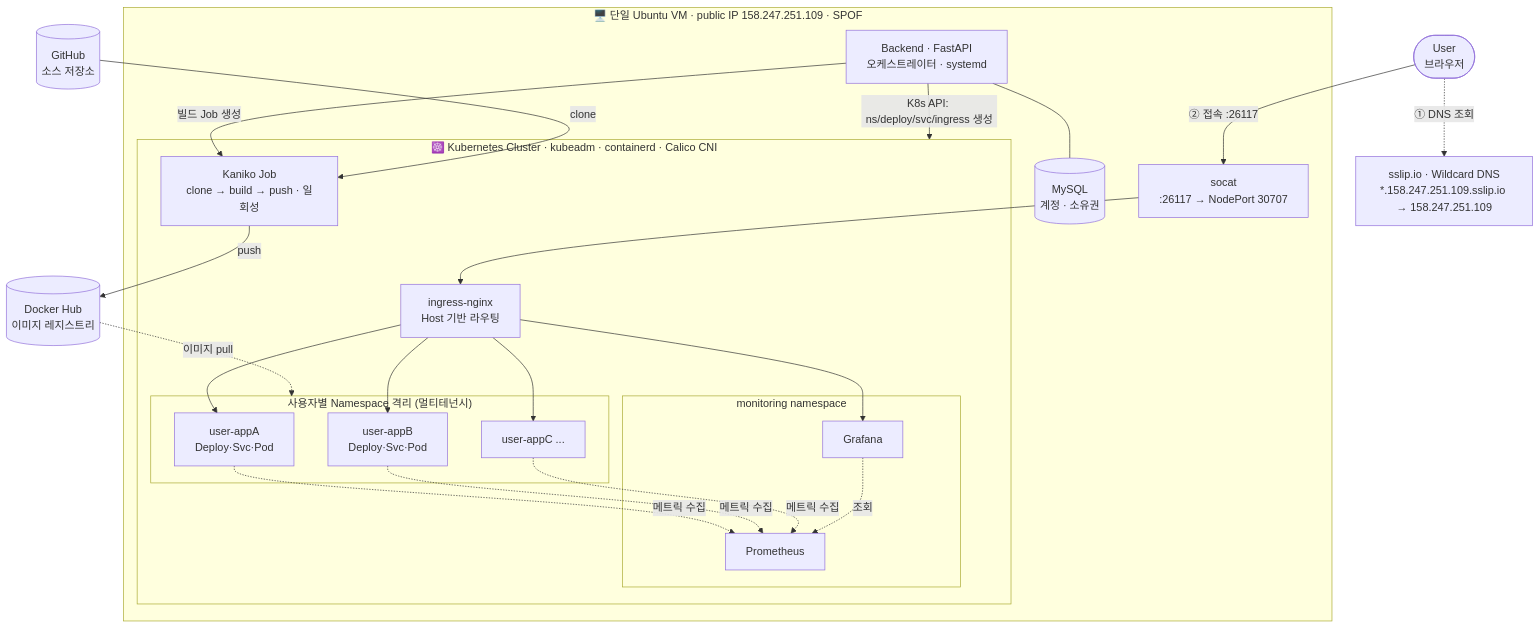
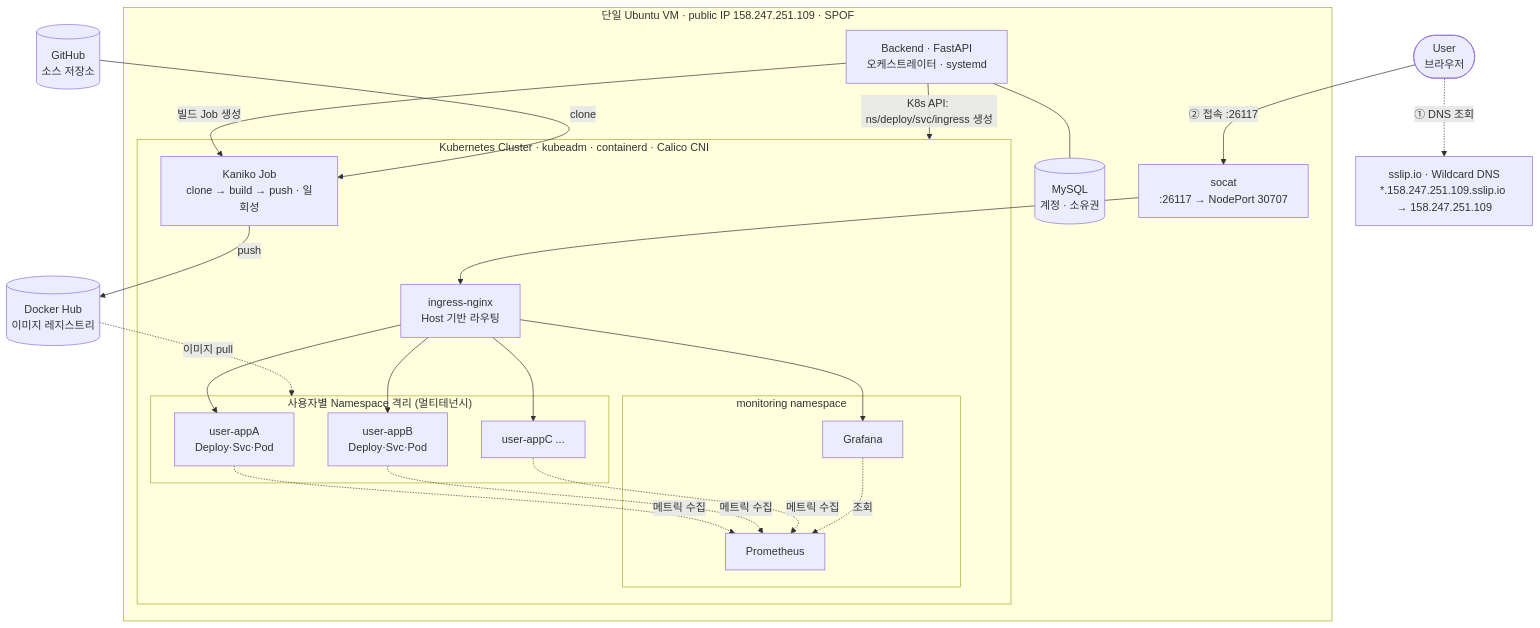
One commit to NimbusEngine/infra changed the diagram in README.md. Above: the diagram before and after it, drawn with Mermaid. The commit also changed other lines of this file and 3 other files, not shown here.

````diff
--- a/README.md
+++ b/README.md
@@ -18,39 +18,39 @@
 ```mermaid
 flowchart TB
     User([User<br/>브라우저])
     DNS[sslip.io · Wildcard DNS<br/>*.158.247.251.109.sslip.io → 158.247.251.109]
     GH[(GitHub<br/>소스 저장소)]
     DH[(Docker Hub<br/>이미지 레지스트리)]
 
-    subgraph VM["🖥️ 단일 Ubuntu VM · public IP 158.247.251.109 · SPOF"]
+    subgraph VM["단일 Ubuntu VM · public IP 158.247.251.109 · SPOF"]
         SOCAT[socat<br/>:26117 → NodePort 30707]
         BE[Backend · FastAPI<br/>오케스트레이터 · systemd]
         DB[(MySQL<br/>계정 · 소유권)]
 
-        subgraph K8S["☸️ Kubernetes Cluster · kubeadm · containerd · Calico CNI"]
+        subgraph K8S["Kubernetes Cluster · kubeadm · containerd · Calico CNI"]
             ING[ingress-nginx<br/>Host 기반 라우팅]
             subgraph NS["사용자별 Namespace 격리 (멀티테넌시)"]
                 A[user-appA<br/>Deploy·Svc·Pod]
                 B[user-appB<br/>Deploy·Svc·Pod]
                 C[user-appC ...]
             end
             KANIKO[Kaniko Job<br/>clone → build → push · 일회성]
             subgraph MON["monitoring namespace"]
                 PROM[Prometheus]
                 GRAF[Grafana]
             end
         end
     end
 
     User -. ① DNS 조회 .-> DNS
     User -- ② 접속 :26117 --> SOCAT --> ING
     ING --> A & B & C
     ING --> GRAF
     BE -- K8s API: ns/deploy/svc/ingress 생성 --> K8S
     BE -- 빌드 Job 생성 --> KANIKO
     GH -- clone --> KANIKO -- push --> DH
     DH -. 이미지 pull .-> NS
     A & B & C -. 메트릭 수집 .-> PROM
     GRAF -. 조회 .-> PROM
     BE --- DB
 ```
````
